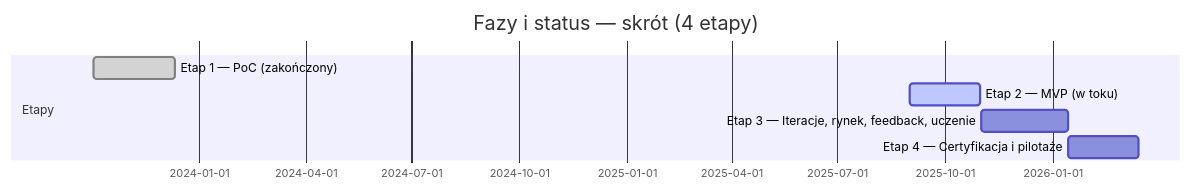
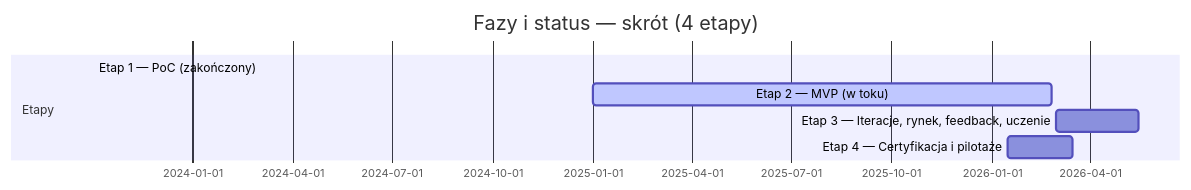
Before and after one commit to TanskiSzymon/food-printer: the first of 3 diagrams in README.md, drawn with Mermaid. The commit also changed other lines of this file, not shown here.

````diff
--- a/README.md
+++ b/README.md
@@ -25,10 +24,10 @@
 ```mermaid
 gantt
   title Fazy i status — skrót (4 etapy)
   dateFormat YYYY-MM-DD
   section Etapy
-  Etap 1 — PoC (zakończony)                    :done,    poc1, 2023-10-02, 2023-12-11
-  Etap 2 — MVP (w toku)                        :active,  mvp2, 2025-09-01, 60d
-  Etap 3 — Iteracje, rynek, feedback, uczenie  :         it3,  2025-11-01, 75d
+  Etap 1 — PoC (zakończony)                    :done,    poc1, 2023-10-02, 2024-3-11
+  Etap 2 — MVP (w toku)                        :active,  mvp2, 2025-01-01, 420d
+  Etap 3 — Iteracje, rynek, feedback, uczenie  :         it3,  2026-3-01, 75d
   Etap 4 — Certyfikacja i pilotaże             :         cer4, 2026-01-15, 60d
 ```
````
